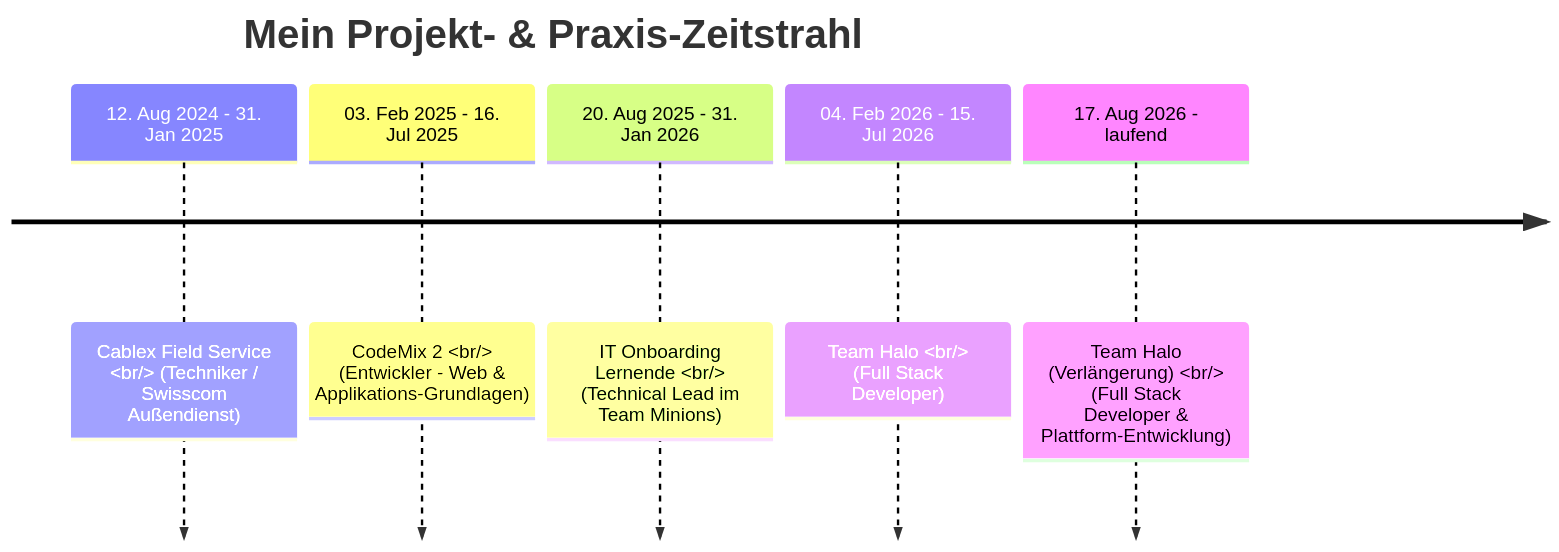
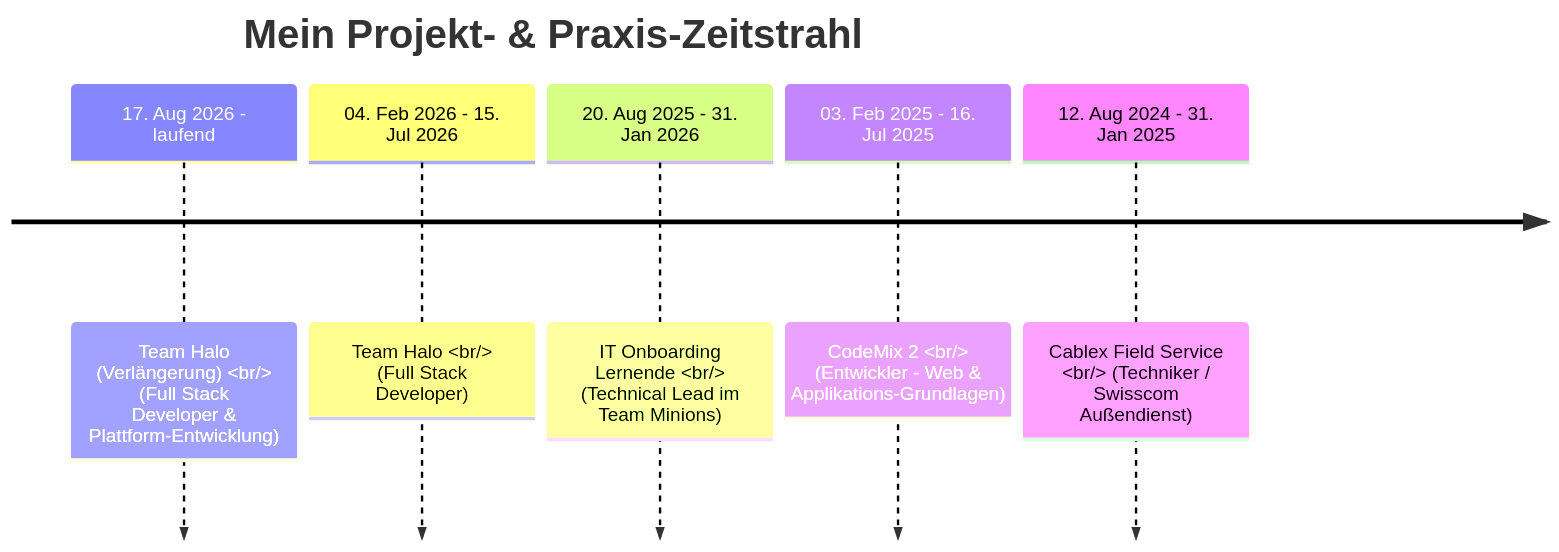
Before and after one commit to eldi-syla/eldi-syla: the diagram in README.md, drawn with Mermaid. The commit also changed other lines of this file, not shown here.

Commit message:
refactor: Reverse timeline order to show newest projects first

````diff
--- a/README.md
+++ b/README.md
@@ -28,9 +28,9 @@
 ```mermaid
 timeline
     title Mein Projekt- & Praxis-Zeitstrahl
+    17. Aug 2026 - laufend      : Team Halo (Verlängerung) <br/> (Full Stack Developer & Plattform-Entwicklung)
+    04. Feb 2026 - 15. Jul 2026 : Team Halo <br/> (Full Stack Developer)
+    20. Aug 2025 - 31. Jan 2026 : IT Onboarding Lernende <br/> (Technical Lead im Team Minions)
+    03. Feb 2025 - 16. Jul 2025 : CodeMix 2 <br/> (Entwickler - Web & Applikations-Grundlagen)
     12. Aug 2024 - 31. Jan 2025 : Cablex Field Service <br/> (Techniker / Swisscom Außendienst)
-    03. Feb 2025 - 16. Jul 2025 : CodeMix 2 <br/> (Entwickler - Web & Applikations-Grundlagen)
-    20. Aug 2025 - 31. Jan 2026 : IT Onboarding Lernende <br/> (Technical Lead im Team Minions)
-    04. Feb 2026 - 15. Jul 2026 : Team Halo <br/> (Full Stack Developer)
-    17. Aug 2026 - laufend      : Team Halo (Verlängerung) <br/> (Full Stack Developer & Plattform-Entwicklung)
 ```
````
